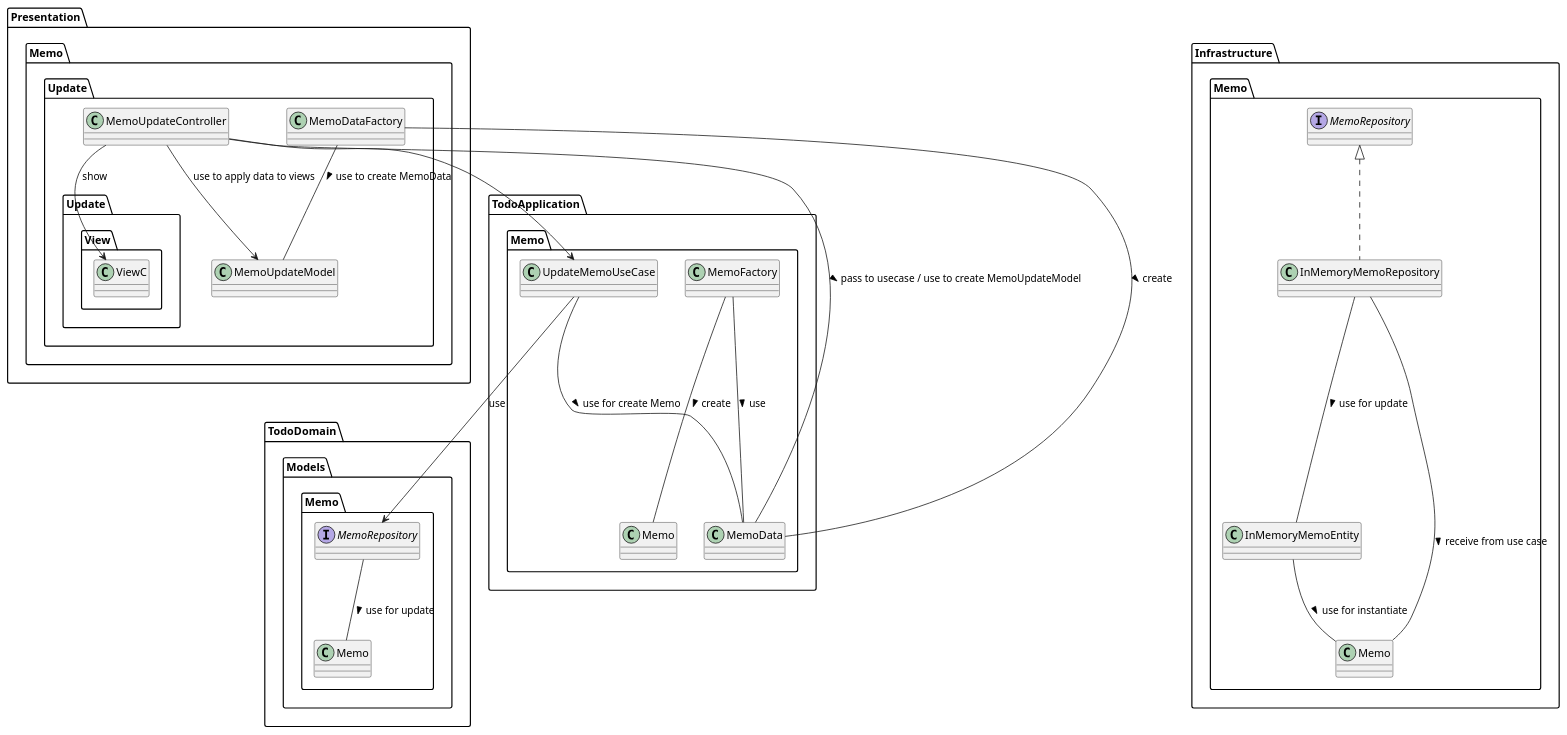
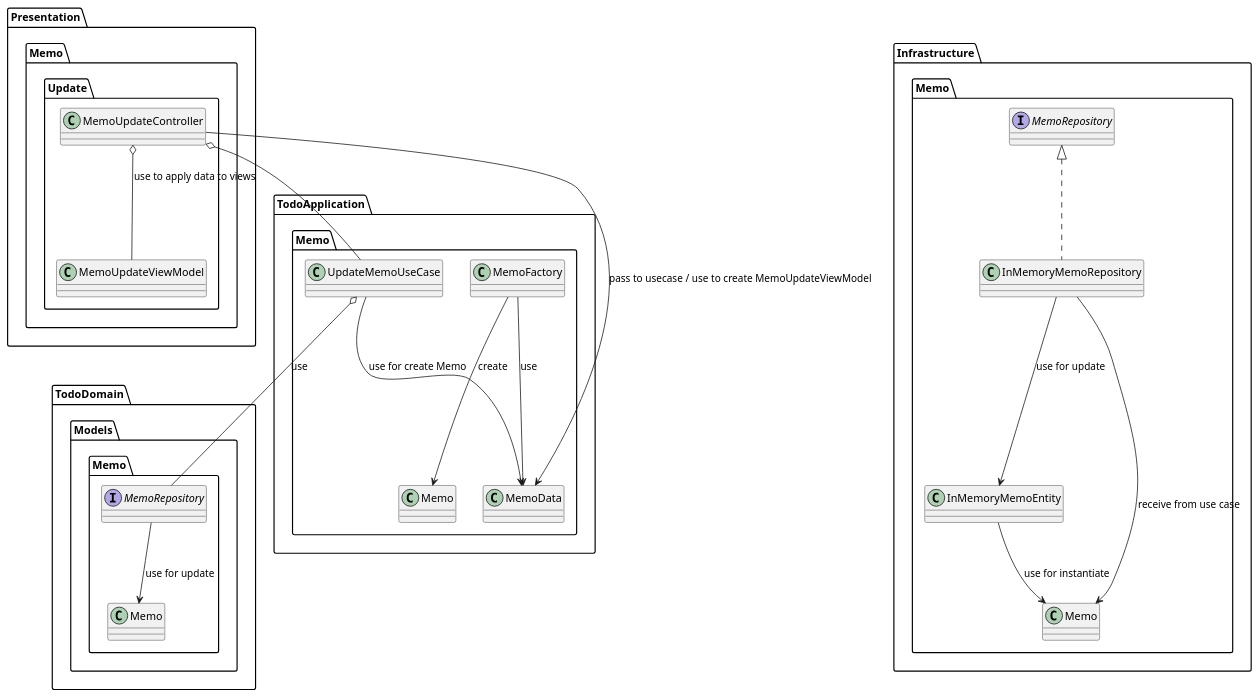
The diagram in docs/class-diagram/memo/UpdateMemoUseCase.plantuml (t-matsumo/TodoPractice), drawn with PlantUML before and after one commit. The commit also changed 26 other files, not shown here.

```diff
--- a/docs/class-diagram/memo/UpdateMemoUseCase.plantuml
+++ b/docs/class-diagram/memo/UpdateMemoUseCase.plantuml
@@ -1,47 +1,39 @@
 @startuml
 
 package TodoDomain.Models.Memo {
     class Memo
     interface MemoRepository
 
-    MemoRepository -- Memo : use for update >
+    MemoRepository --> Memo : use for update
 }
 
 package TodoApplication.Memo {
     class UpdateMemoUseCase
     class MemoData
     class MemoFactory
 
-    UpdateMemoUseCase -- MemoData : use for create Memo >
-    MemoFactory -- MemoData : use >
-    MemoFactory -- Memo : create >
-    UpdateMemoUseCase --> MemoRepository : use
+    UpdateMemoUseCase --> MemoData : use for create Memo
+    MemoFactory --> MemoData : use
+    MemoFactory --> Memo : create
+    UpdateMemoUseCase o-- MemoRepository : use
 }
 
 package Presentation.Memo {
     package Update {
         class MemoUpdateController
-        class MemoUpdateModel
-        class MemoDataFactory
-        package Update.View {
-            class ViewC
-        }
-        MemoUpdateController --> MemoUpdateModel : use to apply data to views
-        MemoUpdateController --> ViewC : show
-        MemoDataFactory -- MemoUpdateModel : use to create MemoData >
-
-        MemoUpdateController --> UpdateMemoUseCase
-        MemoUpdateController -- MemoData : pass to usecase / use to create MemoUpdateModel >
-        MemoDataFactory -- MemoData : create >
+        class MemoUpdateViewModel
+        MemoUpdateController o-- MemoUpdateViewModel : use to apply data to views
+        MemoUpdateController o-- UpdateMemoUseCase
+        MemoUpdateController --> MemoData : pass to usecase / use to create MemoUpdateViewModel
     }
 }
 package Infrastructure.Memo {
     class InMemoryMemoRepository implements MemoRepository
     class InMemoryMemoEntity
 
-    InMemoryMemoRepository -- InMemoryMemoEntity : use for update >
-    InMemoryMemoRepository -- Memo : receive from use case >
-    InMemoryMemoEntity -- Memo : use for instantiate >
+    InMemoryMemoRepository --> InMemoryMemoEntity : use for update
+    InMemoryMemoRepository --> Memo : receive from use case
+    InMemoryMemoEntity --> Memo : use for instantiate
 }
 
 @enduml
```
